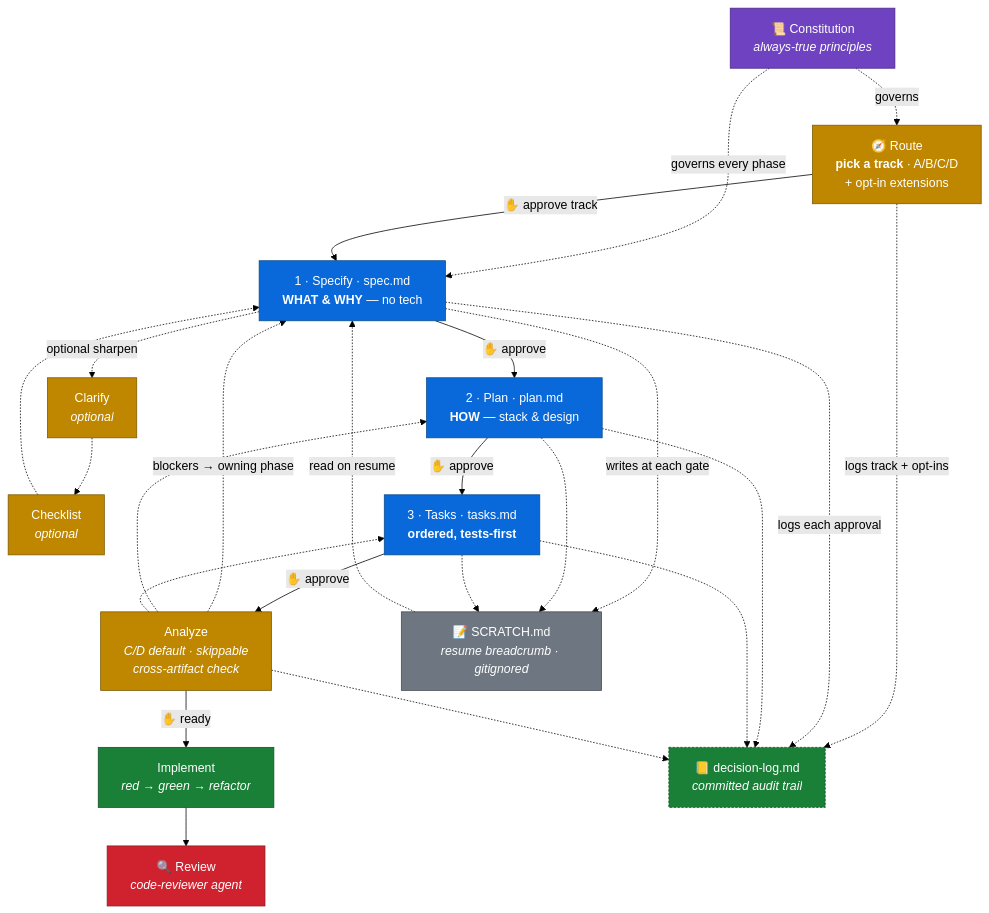
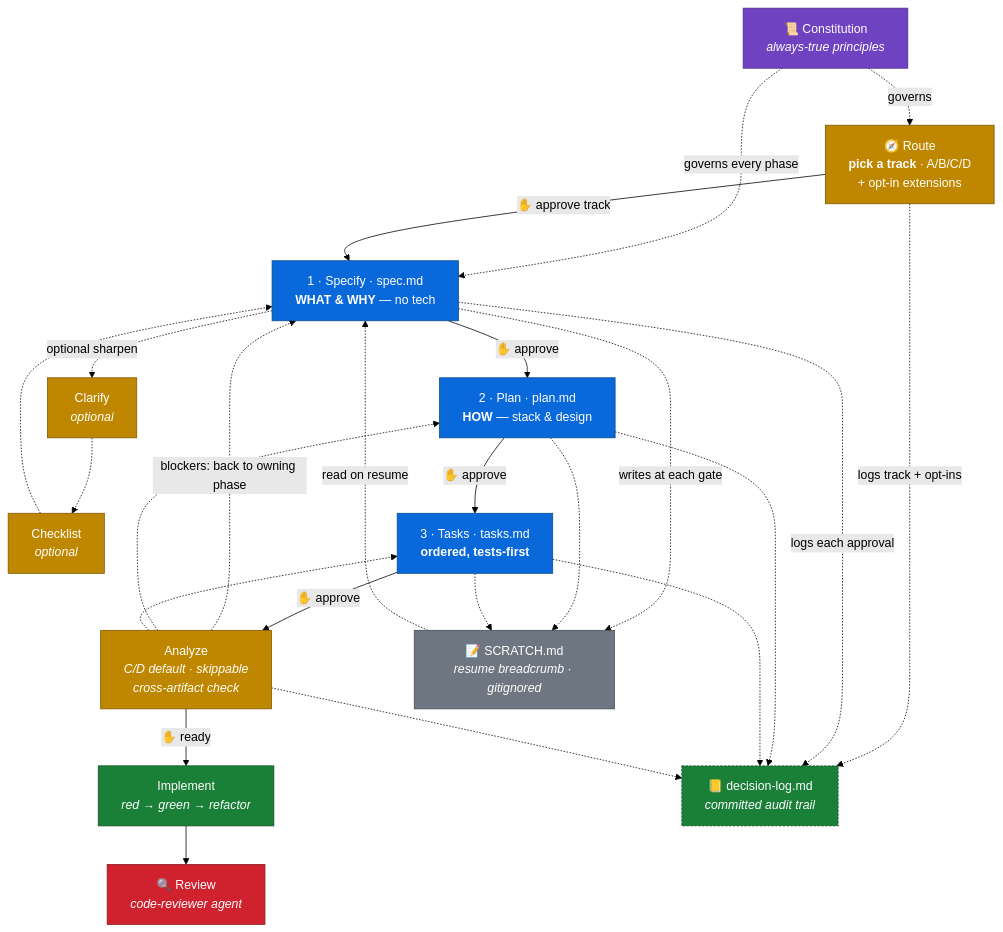
The first of 2 diagrams in README.md (saptarshibasu/spec-driven-development), drawn with Mermaid (forest theme) before and after one commit.

Commit message:
readme fixed

````diff
--- a/README.md
+++ b/README.md
@@ -26,43 +26,43 @@
 ```mermaid
 flowchart TD
     K["📜 Constitution<br/><i>always-true principles</i>"]:::gov
     RT["🧭 Route<br/><b>pick a track</b> · A/B/C/D<br/>+ opt-in extensions"]:::gate
     S["1 · Specify · spec.md<br/><b>WHAT & WHY</b> — no tech"]:::phase
     CL["Clarify<br/><i>optional</i>"]:::gate
     CK["Checklist<br/><i>optional</i>"]:::gate
     P["2 · Plan · plan.md<br/><b>HOW</b> — stack & design"]:::phase
     T["3 · Tasks · tasks.md<br/><b>ordered, tests-first</b>"]:::phase
     AN["Analyze<br/><i>C/D default · skippable<br/>cross-artifact check</i>"]:::gate
     I["Implement<br/><i>red → green → refactor</i>"]:::impl
     R["🔍 Review<br/><i>code-reviewer agent</i>"]:::sensor
     B["📝 SCRATCH.md<br/><i>resume breadcrumb · gitignored</i>"]:::scratch
     DL["📒 decision-log.md<br/><i>committed audit trail</i>"]:::audit
 
     K -. governs every phase .-> S
     RT -->|✋ approve track| S
     K -. governs .-> RT
     S -->|✋ approve| P -->|✋ approve| T -->|✋ approve| AN -->|✋ ready| I --> R
     S -. optional sharpen .-> CL
     CL -.-> CK
     CK -.-> S
-    AN -. blockers → owning phase .-> S
+    AN -. "blockers: back to owning phase" .-> S
     AN -.-> P
     AN -.-> T
     S -. writes at each gate .-> B
     P -.-> B
     T -.-> B
     B -. read on resume .-> S
     RT -. logs track + opt-ins .-> DL
     S -. logs each approval .-> DL
     P -.-> DL
     T -.-> DL
     AN -.-> DL
 
     classDef gov fill:#6f42c1,color:#fff,stroke:#4c2889
     classDef phase fill:#0969da,color:#fff,stroke:#0a4b8c
     classDef gate fill:#bf8700,color:#fff,stroke:#7d5800
     classDef impl fill:#1a7f37,color:#fff,stroke:#0f5323
     classDef sensor fill:#cf222e,color:#fff,stroke:#8b1a22
     classDef scratch fill:#6e7781,color:#fff,stroke:#424a53
     classDef audit fill:#1a7f37,color:#fff,stroke:#0f5323,stroke-dasharray:3 2
 ```
````
